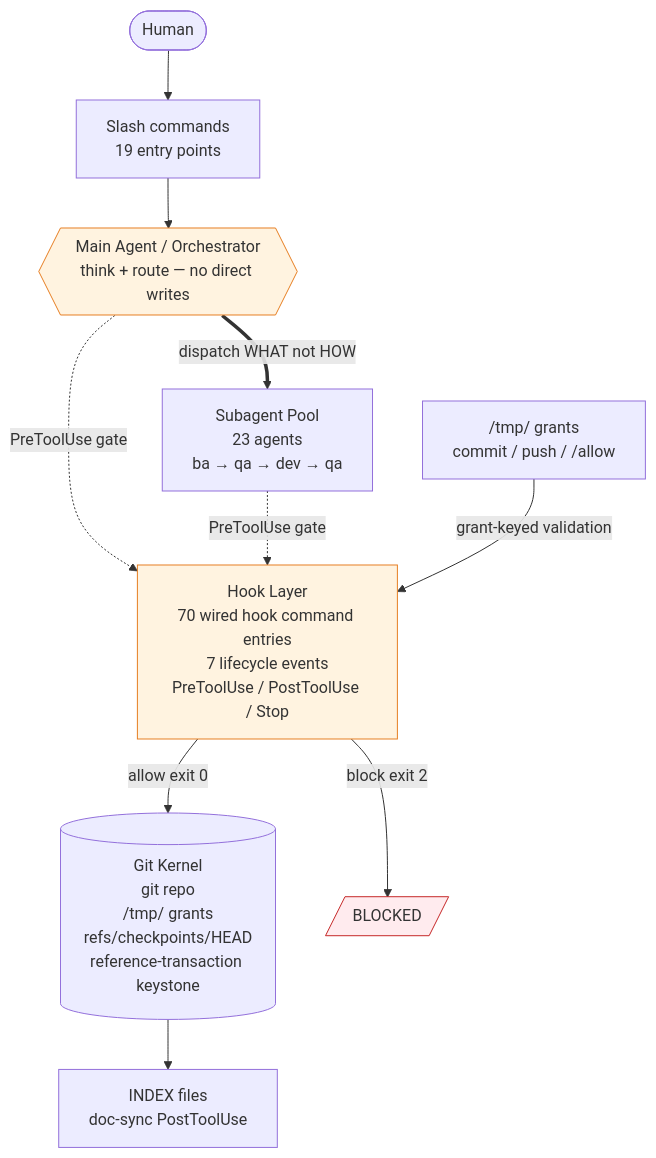
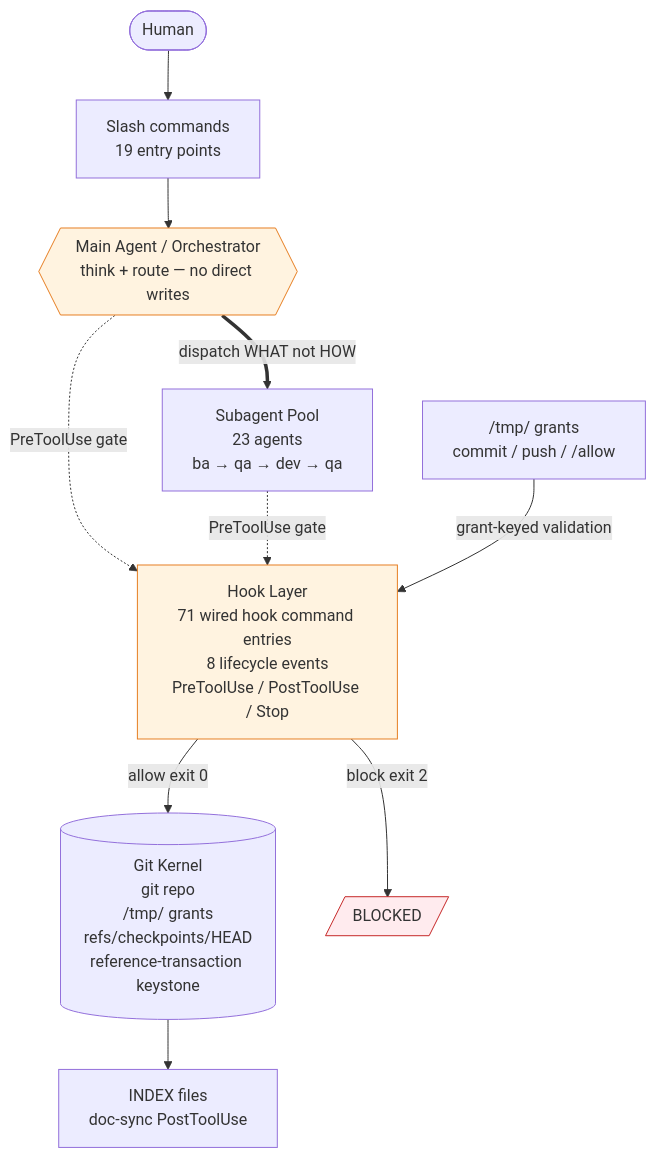
The first of 3 diagrams in README.md (Yugoge/awesome-claude-harness), drawn with Mermaid before and after one commit. The commit also changed other lines of this file and 44 other files, not shown here.

````diff
--- a/README.md
+++ b/README.md
@@ -129,21 +129,21 @@
 ```mermaid
 graph TD
     U([Human]) --> CMD[Slash commands<br/>19 entry points]
     CMD --> ORC{{Main Agent / Orchestrator<br/>think + route — no direct writes}}
 
     ORC -.->|PreToolUse gate| HL
     SUB -.->|PreToolUse gate| HL
 
     ORC ==>|dispatch WHAT not HOW| SUB[Subagent Pool<br/>23 agents<br/>ba → qa → dev → qa]
 
-    HL[Hook Layer<br/>70 wired hook command entries<br/>7 lifecycle events<br/>PreToolUse / PostToolUse / Stop] -->|allow exit 0| GK[(Git Kernel<br/>git repo<br/>/tmp/ grants<br/>refs/checkpoints/HEAD<br/>reference-transaction keystone)]
+    HL[Hook Layer<br/>71 wired hook command entries<br/>8 lifecycle events<br/>PreToolUse / PostToolUse / Stop] -->|allow exit 0| GK[(Git Kernel<br/>git repo<br/>/tmp/ grants<br/>refs/checkpoints/HEAD<br/>reference-transaction keystone)]
     HL -->|block exit 2| BLK[/BLOCKED/]
 
     GK --> IDX[INDEX files<br/>doc-sync PostToolUse]
     TMP["/tmp/ grants<br/>commit / push / /allow"] -->|grant-keyed validation| HL
 
     classDef restricted fill:#ffebee,stroke:#c62828
     classDef gate fill:#fff3e0,stroke:#e67e22
     class BLK restricted
     class ORC,HL gate
 ```
````
